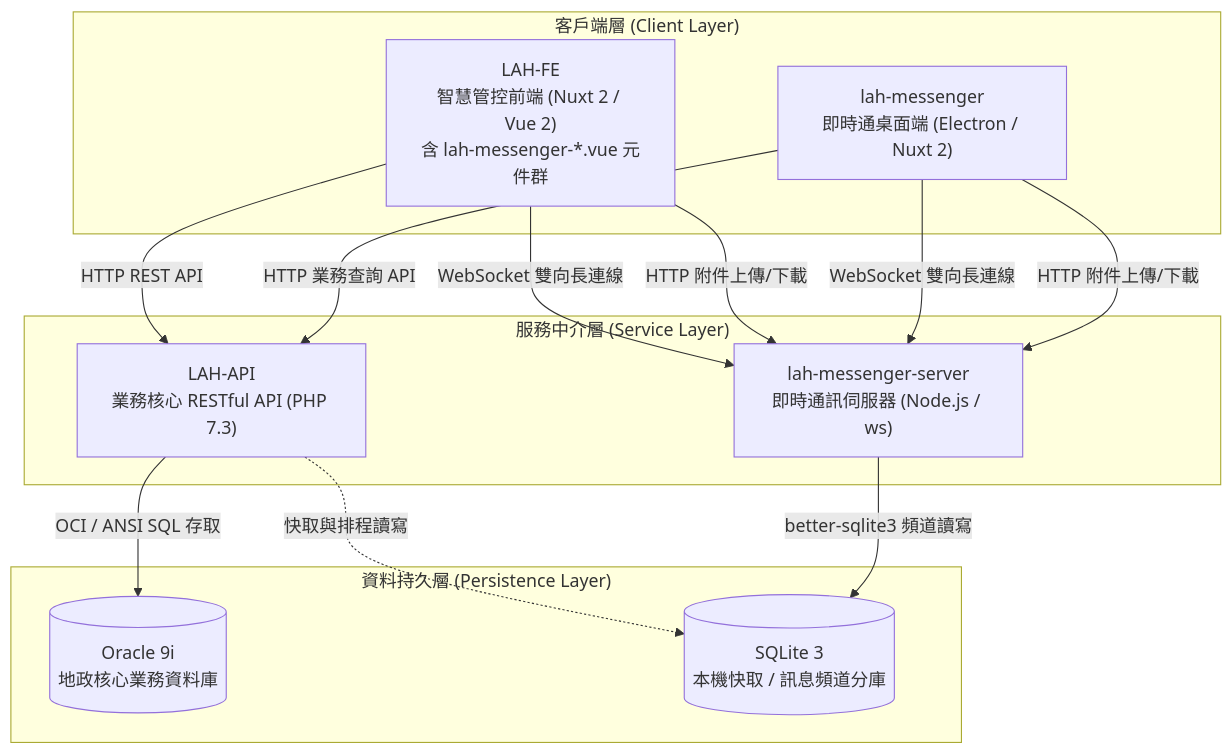
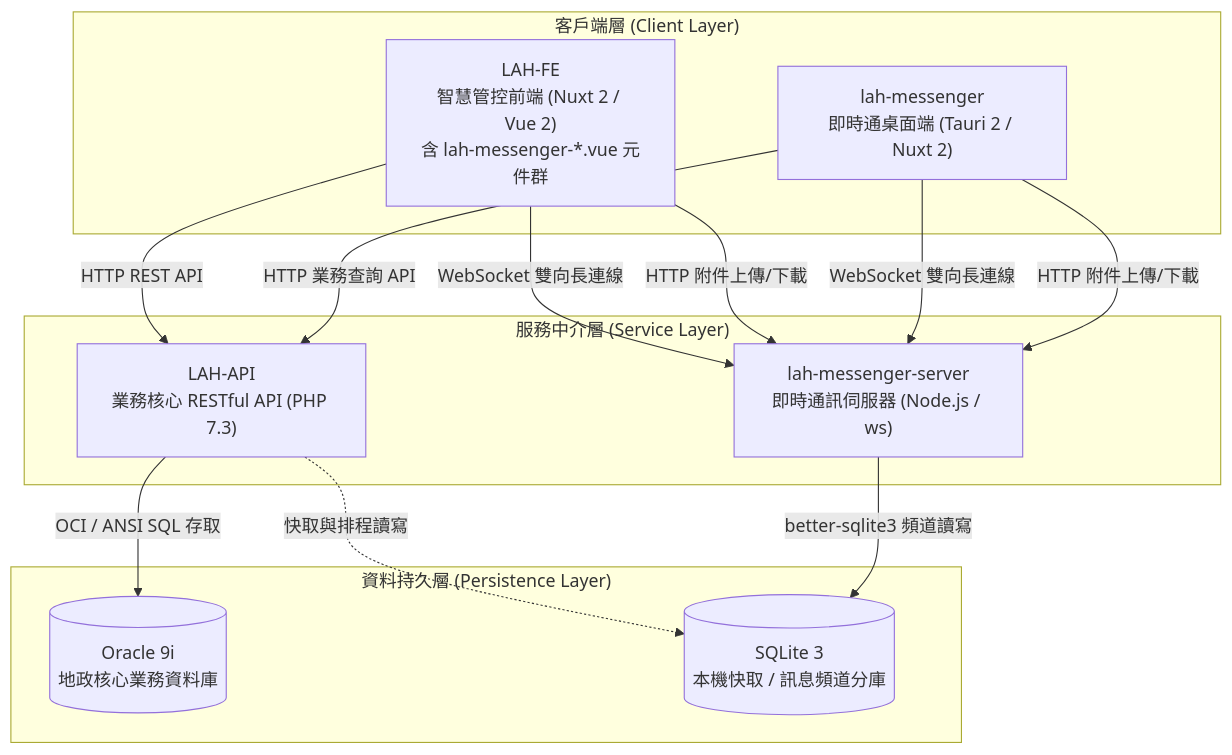
The diagram in AGENTS.md (pyliu/LAH-Workspace), drawn with Mermaid before and after one commit. The commit also changed other lines of this file and 2 other files, not shown here.

````diff
--- a/AGENTS.md
+++ b/AGENTS.md
@@ -22,28 +22,28 @@
 ```mermaid
 flowchart TD
     subgraph Clients["客戶端層 (Client Layer)"]
         FE["LAH-FE<br/>智慧管控前端 (Nuxt 2 / Vue 2)<br/>含 lah-messenger-*.vue 元件群"]
-        CLIENT["lah-messenger<br/>即時通桌面端 (Electron / Nuxt 2)"]
+        CLIENT["lah-messenger<br/>即時通桌面端 (Tauri 2 / Nuxt 2)"]
     end
 
     subgraph Servers["服務中介層 (Service Layer)"]
         API["LAH-API<br/>業務核心 RESTful API (PHP 7.3)"]
         WSS["lah-messenger-server<br/>即時通訊伺服器 (Node.js / ws)"]
     end
 
     subgraph Storage["資料持久層 (Persistence Layer)"]
         ORACLE[("Oracle 9i<br/>地政核心業務資料庫")]
         SQLITE[("SQLite 3<br/>本機快取 / 訊息頻道分庫")]
     end
 
     FE -- "HTTP REST API" --> API
     CLIENT -- "HTTP 業務查詢 API" --> API
     FE -- "WebSocket 雙向長連線" --> WSS
     FE -- "HTTP 附件上傳/下載" --> WSS
     CLIENT -- "WebSocket 雙向長連線" --> WSS
     CLIENT -- "HTTP 附件上傳/下載" --> WSS
 
     API -- "OCI / ANSI SQL 存取" --> ORACLE
     API -. "快取與排程讀寫" .-> SQLITE
     WSS -- "better-sqlite3 頻道讀寫" --> SQLITE
 ```
````
